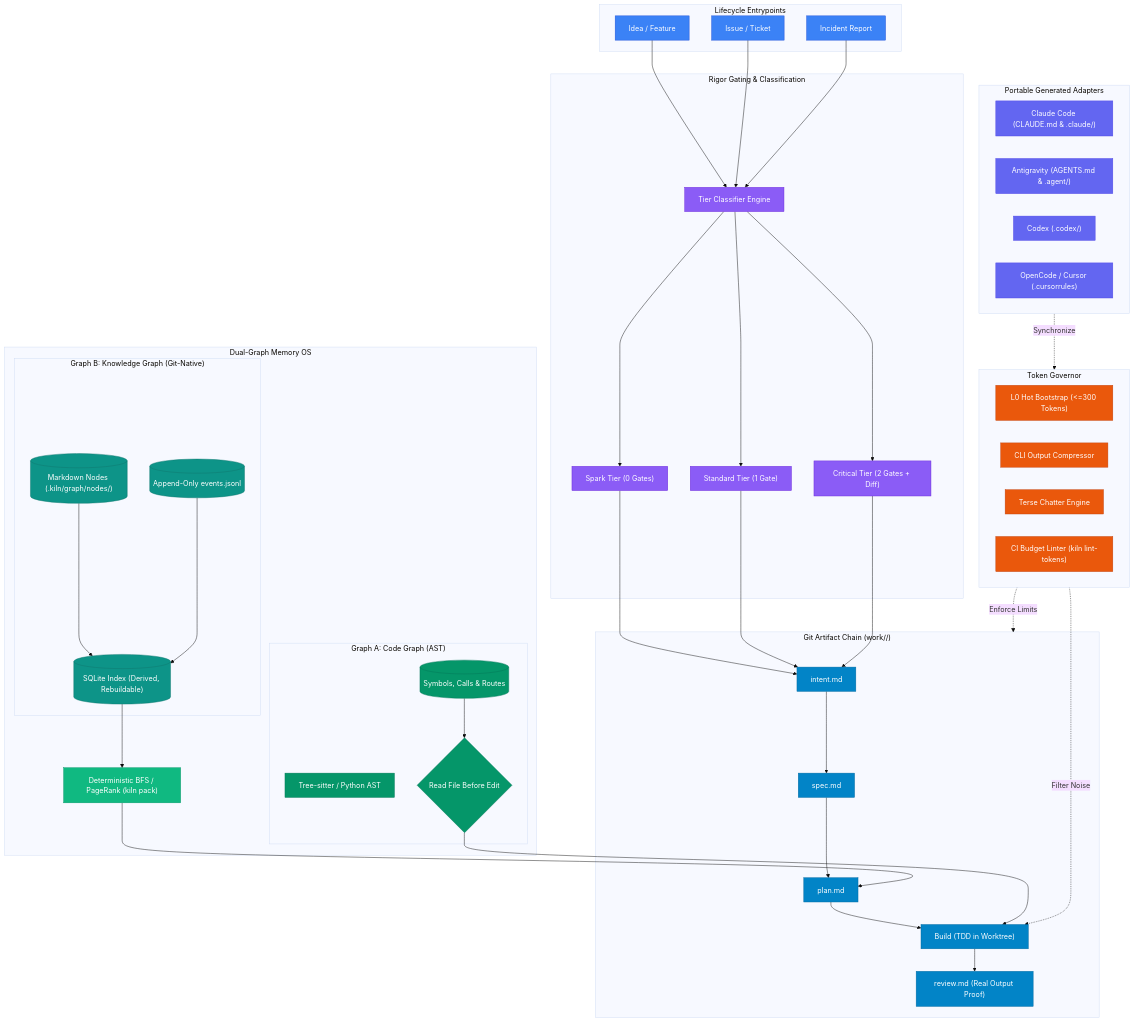
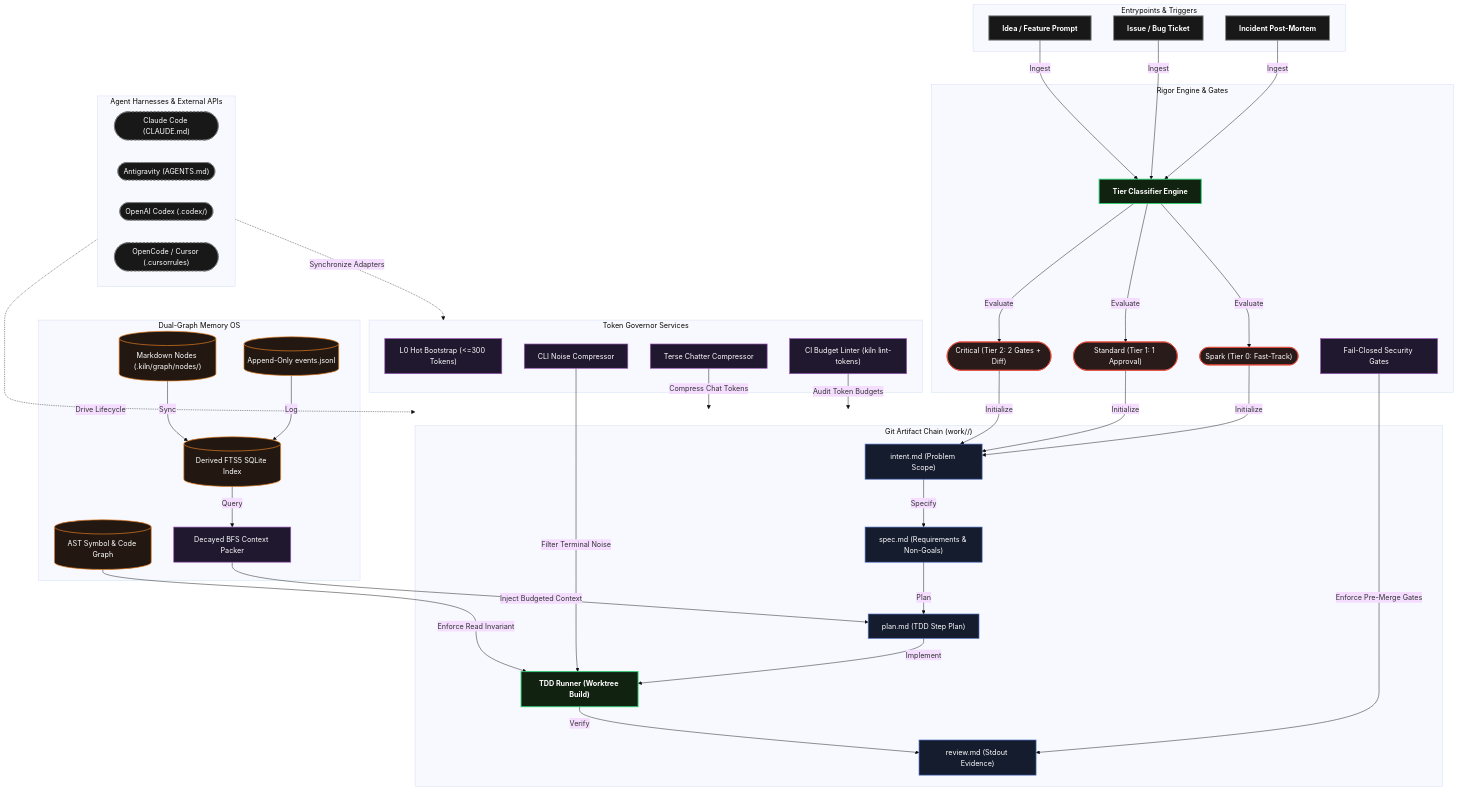
Before and after one commit to cristiangilsanz/kilnOS: the diagram in README.md, drawn with Mermaid (base theme). The commit also changed other lines of this file, not shown here.

Commit message:
docs: align architecture diagram style with inbox-sentinel and update status badge

````diff
--- a/README.md
+++ b/README.md
@@ -35,89 +34,86 @@
 ```mermaid
 flowchart TB
-    subgraph Entrypoints["Lifecycle Entrypoints"]
-        idea["Idea / Feature"]:::entry
-        ticket["Issue / Ticket"]:::entry
-        incident["Incident Report"]:::entry
+    subgraph Entrypoints["Entrypoints & Triggers"]
+        idea["Idea / Feature Prompt"]:::client
+        ticket["Issue / Bug Ticket"]:::client
+        incident["Incident Post-Mortem"]:::client
     end
 
-    subgraph Gates["Rigor Gating & Classification"]
-        tierEngine["Tier Classifier Engine"]:::gate
-        spark["Spark Tier (0 Gates)"]:::gate
-        standard["Standard Tier (1 Gate)"]:::gate
-        critical["Critical Tier (2 Gates + Diff)"]:::gate
+    subgraph Rigor["Rigor Engine & Gates"]
+        tierEngine["Tier Classifier Engine"]:::core
+        spark(["Spark (Tier 0: Fast-Track)"]):::gate
+        standard(["Standard (Tier 1: 1 Approval)"]):::gate
+        critical(["Critical (Tier 2: 2 Gates + Diff)"]):::gate
+        securityGates["Fail-Closed Security Gates"]:::infra
     end
 
     subgraph ArtifactChain["Git Artifact Chain (work/<id>/)"]
-        intent["intent.md"]:::artifact
-        spec["spec.md"]:::artifact
-        plan["plan.md"]:::artifact
-        tdd["Build (TDD in Worktree)"]:::artifact
-        review["review.md (Real Output Proof)"]:::artifact
+        intent["intent.md (Problem Scope)"]:::artifact
+        spec["spec.md (Requirements & Non-Goals)"]:::artifact
+        plan["plan.md (TDD Step Plan)"]:::artifact
+        tdd["TDD Runner (Worktree Build)"]:::core
+        review["review.md (Stdout Evidence)"]:::artifact
     end
 
     subgraph MemoryOS["Dual-Graph Memory OS"]
-        subgraph GraphA["Graph A: Code Graph (AST)"]
-            ast["Tree-sitter / Python AST"]:::memA
-            symbols[("Symbols, Calls & Routes")]:::memA
-            readInvariant{"Read File Before Edit"}:::memA
-        end
-
-        subgraph GraphB["Graph B: Knowledge Graph (Git-Native)"]
-            nodes[("Markdown Nodes (.kiln/graph/nodes/)")]:::memB
-            events[("Append-Only events.jsonl")]:::memB
-            sqlite[("SQLite Index (Derived, Rebuildable)")]:::memB
-        end
-
-        retrieval["Deterministic BFS / PageRank (kiln pack)"]:::retrieval
+        nodes[("Markdown Nodes (.kiln/graph/nodes/)")]:::data
+        events[("Append-Only events.jsonl")]:::data
+        sqlite[("Derived FTS5 SQLite Index")]:::data
+        astSymbols[("AST Symbol & Code Graph")]:::data
+        packer["Decayed BFS Context Packer"]:::infra
     end
 
-    subgraph Governor["Token Governor"]
-        l0["L0 Hot Bootstrap (<=300 Tokens)"]:::gov
-        outputFilter["CLI Output Compressor"]:::gov
-        terseReasoning["Terse Chatter Engine"]:::gov
-        linter["CI Budget Linter (kiln lint-tokens)"]:::gov
+    subgraph Governor["Token Governor Services"]
+        l0Hot["L0 Hot Bootstrap (<=300 Tokens)"]:::infra
+        cliFilter["CLI Noise Compressor"]:::infra
+        terseEngine["Terse Chatter Compressor"]:::infra
+        ciLinter["CI Budget Linter (kiln lint-tokens)"]:::infra
     end
 
-    subgraph Adapters["Portable Generated Adapters"]
-        claude["Claude Code (CLAUDE.md & .claude/)"]:::adapt
-        antigravity["Antigravity (AGENTS.md & .agent/)"]:::adapt
-        codex["Codex (.codex/)"]:::adapt
-        opencode["OpenCode / Cursor (.cursorrules)"]:::adapt
+    subgraph External["Agent Harnesses & External APIs"]
+        claude(["Claude Code (CLAUDE.md)"]):::ext
+        antigravity(["Antigravity (AGENTS.md)"]):::ext
+        codex(["OpenAI Codex (.codex/)"]):::ext
+        opencode(["OpenCode / Cursor (.cursorrules)"]):::ext
     end
 
-    idea --> tierEngine
-    ticket --> tierEngine
-    incident --> tierEngine
+    idea -->|"Ingest"| tierEngine
+    ticket -->|"Ingest"| tierEngine
+    incident -->|"Ingest"| tierEngine
 
-    tierEngine --> spark
-    tierEngine --> standard
-    tierEngine --> critical
+    tierEngine -->|"Evaluate"| spark
+    tierEngine -->|"Evaluate"| standard
+    tierEngine -->|"Evaluate"| critical
 
-    spark --> intent
-    standard --> intent
-    critical --> intent
+    spark -->|"Initialize"| intent
+    standard -->|"Initialize"| intent
+    critical -->|"Initialize"| intent
 
-    intent --> spec --> plan --> tdd --> review
+    intent -->|"Specify"| spec
+    spec -->|"Plan"| plan
+    plan -->|"Implement"| tdd
+    tdd -->|"Verify"| review
 
-    nodes --> sqlite
-    events --> sqlite
-    sqlite --> retrieval
-    retrieval --> plan
+    nodes -->|"Sync"| sqlite
+    events -->|"Log"| sqlite
+    sqlite -->|"Query"| packer
+    packer -->|"Inject Budgeted Context"| plan
 
-    symbols --> readInvariant
-    readInvariant --> tdd
+    astSymbols -->|"Enforce Read Invariant"| tdd
+    securityGates -->|"Enforce Pre-Merge Gates"| review
 
-    Governor -.->|"Enforce Limits"| ArtifactChain
-    Governor -.->|"Filter Noise"| tdd
+    cliFilter -->|"Filter Terminal Noise"| tdd
+    terseEngine -->|"Compress Chat Tokens"| ArtifactChain
+    ciLinter -->|"Audit Token Budgets"| ArtifactChain
 
-    Adapters -.->|"Synchronize"| Governor
+    External -.->|"Synchronize Adapters"| Governor
+    External -.->|"Drive Lifecycle"| ArtifactChain
 
-    classDef entry fill:#3b82f6,stroke:#1d4ed8,color:#fff
-    classDef gate fill:#8b5cf6,stroke:#6d28d9,color:#fff
-    classDef artifact fill:#0284c7,stroke:#0369a1,color:#fff
-    classDef memA fill:#059669,stroke:#047857,color:#fff
-    classDef memB fill:#0d9488,stroke:#0f766e,color:#fff
-    classDef retrieval fill:#10b981,stroke:#059669,color:#fff
-    classDef gov fill:#ea580c,stroke:#c2410c,color:#fff
-    classDef adapt fill:#6366f1,stroke:#4f46e5,color:#fff
+    classDef client fill:#181818,color:#fff,stroke:#888,stroke-width:2px,font-weight:bold
+    classDef core fill:#112211,color:#fff,stroke:#2ecc71,stroke-width:2px,font-weight:bold
+    classDef artifact fill:#151c2e,color:#fff,stroke:#4a69bd,stroke-width:1.5px
+    classDef data fill:#221811,color:#fff,stroke:#e67e22,stroke-width:1.5px
+    classDef infra fill:#1f182e,color:#fff,stroke:#9b59b6,stroke-width:1.5px
+    classDef gate fill:#2a1b1b,color:#fff,stroke:#e74c3c,stroke-width:1.5px
+    classDef ext fill:#181818,color:#fff,stroke:#777,stroke-width:1.5px,stroke-dasharray: 4 4
 ```
````
